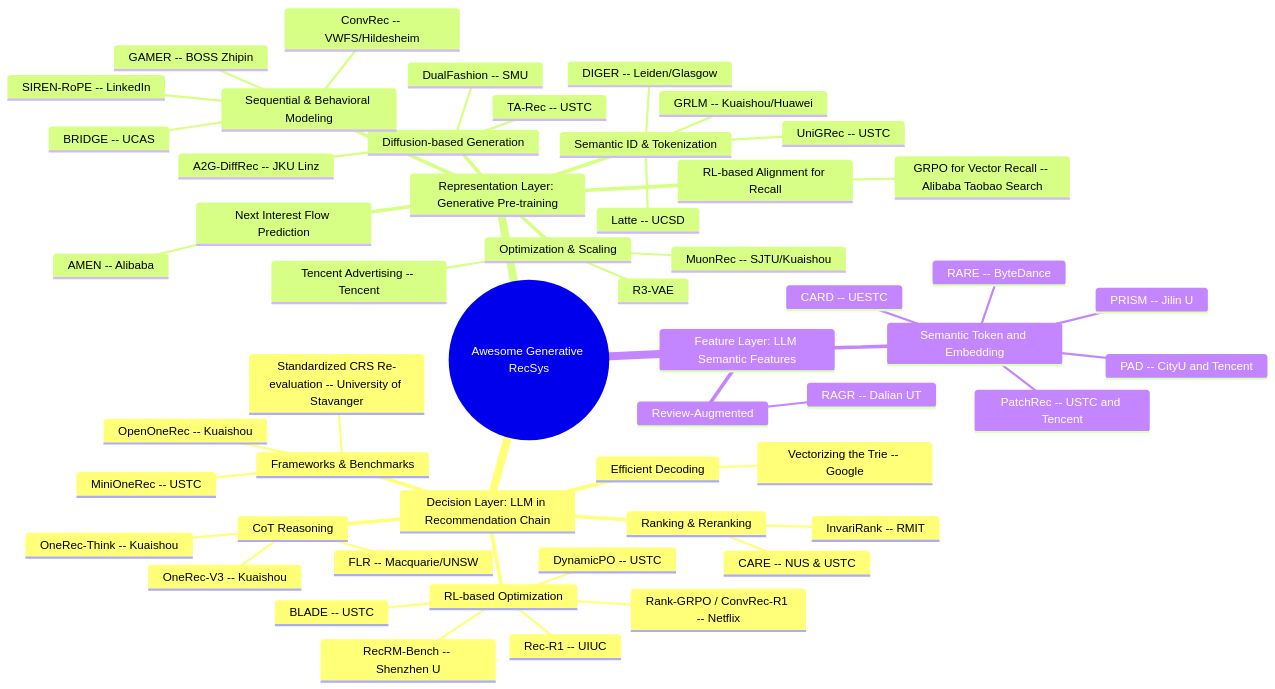
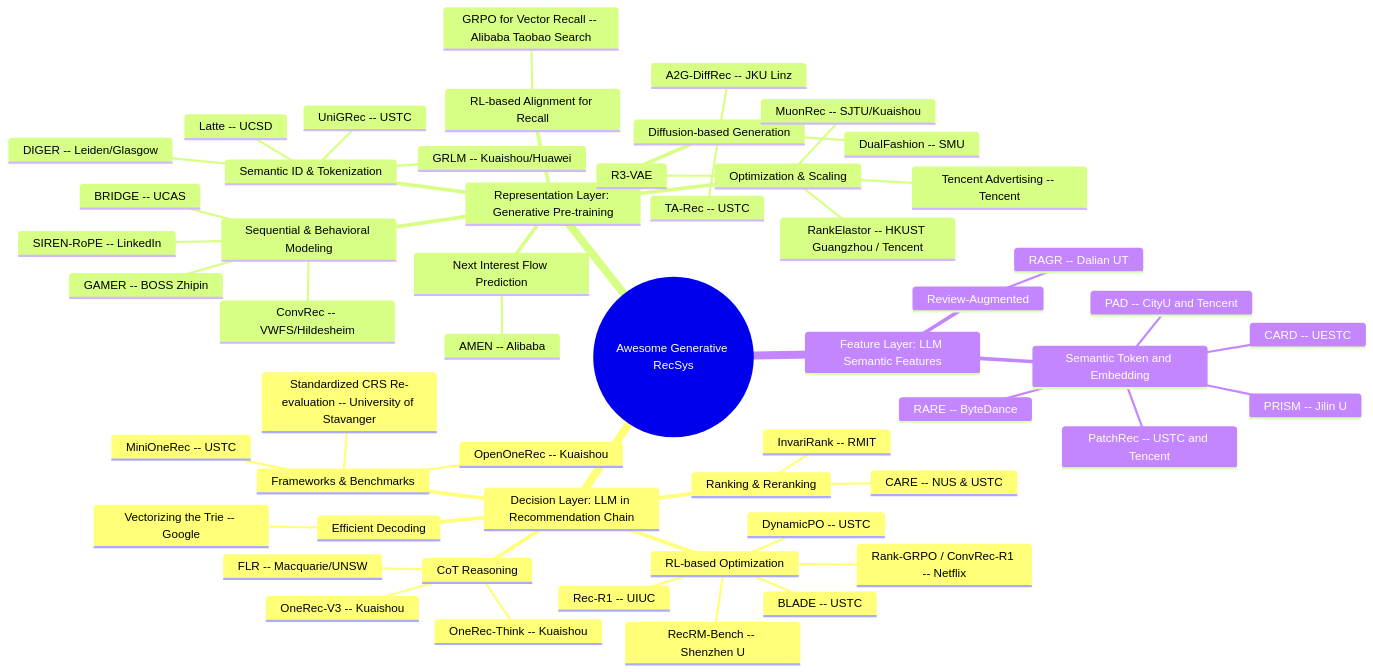
Before and after one commit to HaFred/awesome-generative-recsys: the diagram in README.md, drawn with Mermaid. The commit also changed other lines of this file, not shown here.

Commit message:
feat: 5 new papers May 25 (Netflix scaling, Alibaba AKT-Rec long-tail, RankElastor KDD2026, federated Rec mobile, TubiFM unified ranking)

````diff
--- a/README.md
+++ b/README.md
@@ -6,56 +6,57 @@
 ```mermaid
 mindmap
   root((Awesome Generative RecSys))
     Decision Layer: LLM in Recommendation Chain
       CoT Reasoning
         OneRec-Think -- Kuaishou
         OneRec-V3 -- Kuaishou
         FLR -- Macquarie/UNSW
       RL-based Optimization
         Rank-GRPO / ConvRec-R1 -- Netflix
         Rec-R1 -- UIUC
         DynamicPO -- USTC
         RecRM-Bench -- Shenzhen U
         BLADE -- USTC
       Ranking & Reranking
         CARE -- NUS & USTC
         InvariRank -- RMIT
       Frameworks & Benchmarks
         Standardized CRS Re-evaluation -- University of Stavanger
         OpenOneRec -- Kuaishou
         MiniOneRec -- USTC
       Efficient Decoding
         Vectorizing the Trie -- Google
     Representation Layer: Generative Pre-training
       Semantic ID & Tokenization
         Latte -- UCSD
         DIGER -- Leiden/Glasgow
         UniGRec -- USTC
         GRLM -- Kuaishou/Huawei
       Next Interest Flow Prediction
         AMEN -- Alibaba
       RL-based Alignment for Recall
         GRPO for Vector Recall -- Alibaba Taobao Search
       Diffusion-based Generation
         A2G-DiffRec -- JKU Linz
         TA-Rec -- USTC
         DualFashion -- SMU
       Sequential & Behavioral Modeling
         GAMER -- BOSS Zhipin
         SIREN-RoPE -- LinkedIn
         ConvRec -- VWFS/Hildesheim
         BRIDGE -- UCAS
       Optimization & Scaling
         MuonRec -- SJTU/Kuaishou
         R3-VAE
         Tencent Advertising -- Tencent
+        RankElastor -- HKUST Guangzhou / Tencent
     Feature Layer: LLM Semantic Features
       Semantic Token and Embedding
         PatchRec -- USTC and Tencent
         PAD -- CityU and Tencent
         RARE -- ByteDance
         CARD -- UESTC
         PRISM -- Jilin U
       Review-Augmented
         RAGR -- Dalian UT
 ```
````
